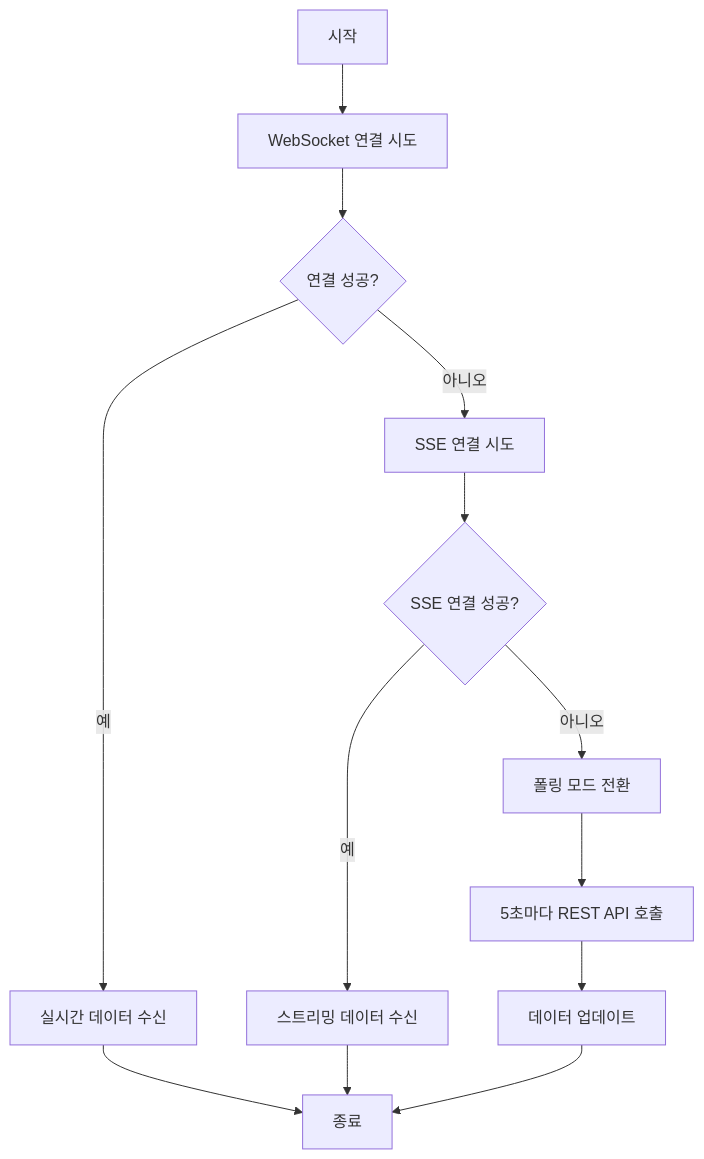
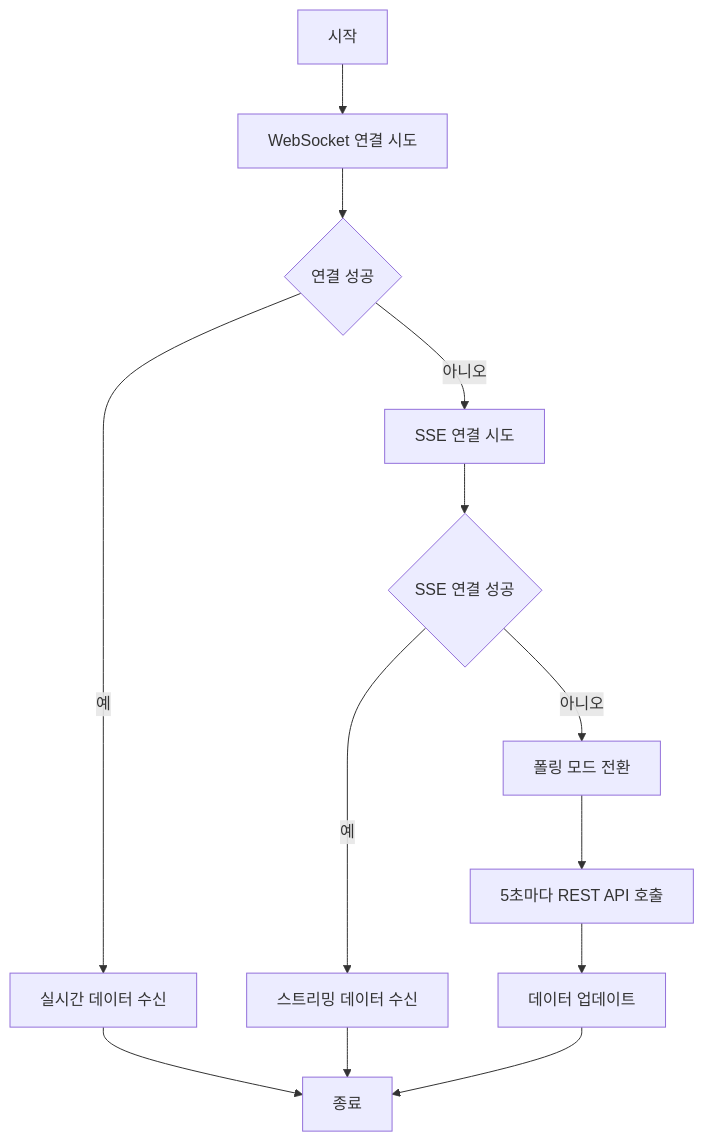
Diagram 22 of 31 in FRONTEND_UML_SPECIFICATION.md (SKNETWORKS-FAMILY-AICAMP/SKN12-FINAL-2TEAM), drawn with Mermaid before and after one commit. The commit also changed other lines of this file, not shown here.

````diff
--- a/FRONTEND_UML_SPECIFICATION.md
+++ b/FRONTEND_UML_SPECIFICATION.md
@@ -855,15 +855,15 @@
 ```mermaid
 flowchart TD
     A[시작] --> B[WebSocket 연결 시도]
-    B --> C{연결 성공?}
+    B --> C{연결 성공}
     C -->|예| D[실시간 데이터 수신]
     C -->|아니오| E[SSE 연결 시도]
-    E --> F{SSE 연결 성공?}
+    E --> F{SSE 연결 성공}
     F -->|예| G[스트리밍 데이터 수신]
     F -->|아니오| H[폴링 모드 전환]
     H --> I[5초마다 REST API 호출]
     I --> J[데이터 업데이트]
     D --> K[종료]
     G --> K
     J --> K
 ```
````
